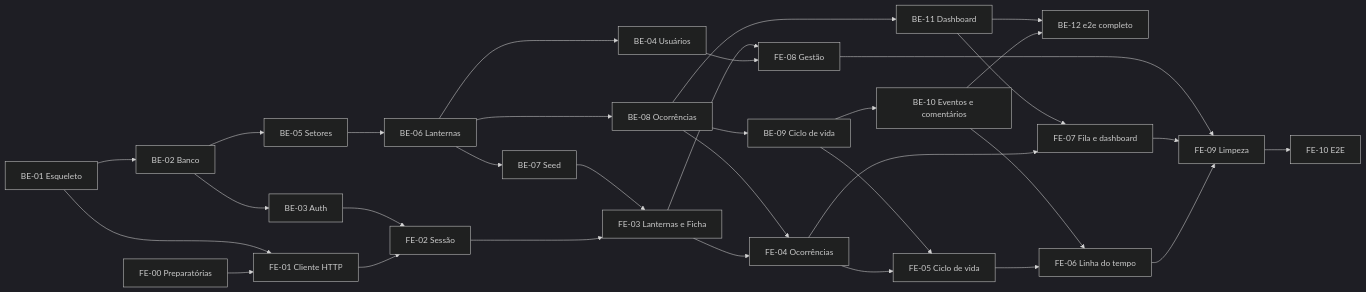
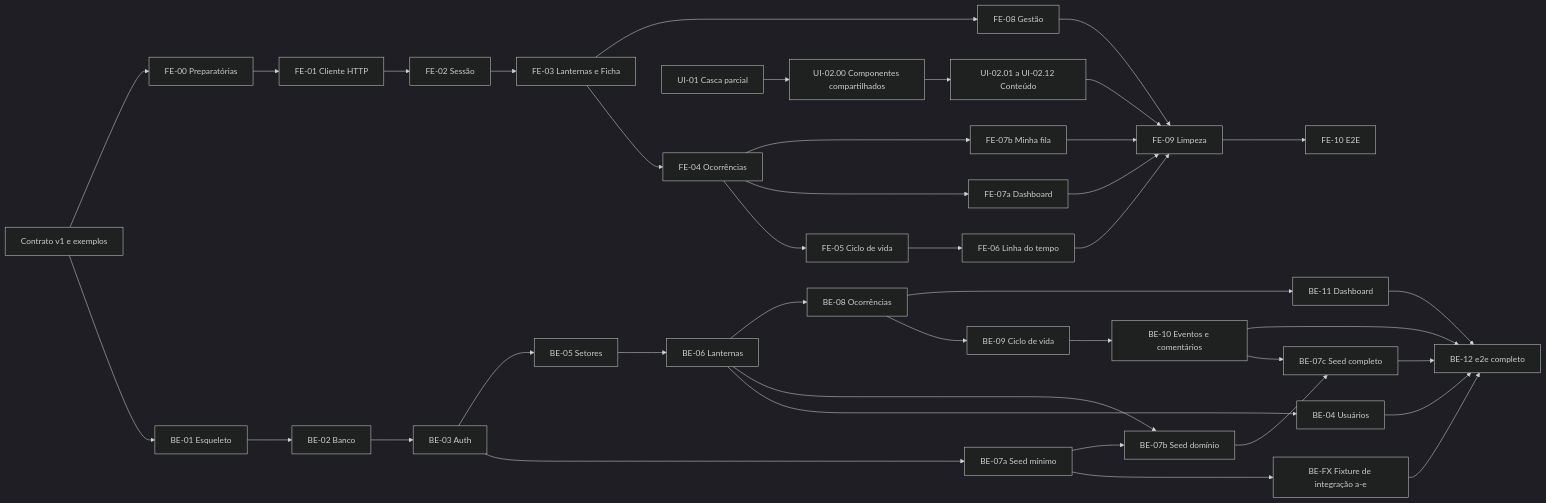
One commit to GUSTAVOHOOO/erp-tropa-lanternas-verdes changed the diagram in docs/PLANO.md. Above: the diagram before and after it, drawn with Mermaid (dark theme). The commit also changed other lines of this file and 41 other files, not shown here.

````diff
--- a/docs/PLANO.md
+++ b/docs/PLANO.md
@@ -9,31 +25,38 @@
 ```mermaid
 flowchart LR
+  C[Contrato v1 e exemplos] --> BE01
+  C --> FE00
   BE01[BE-01 Esqueleto] --> BE02[BE-02 Banco] --> BE03[BE-03 Auth]
+  BE03 --> BE07a[BE-07a Seed mínimo]
+  BE07a --> FX[BE-FX Fixture de integração a-e]
+  FX --> BE12
   BE06 --> BE04[BE-04 Usuários]
-  BE02 --> BE05[BE-05 Setores] --> BE06[BE-06 Lanternas]
-  BE06 --> BE07[BE-07 Seed]
+  BE03 --> BE05[BE-05 Setores] --> BE06[BE-06 Lanternas]
+  BE07a --> BE07b[BE-07b Seed domínio]
+  BE06 --> BE07b
   BE06 --> BE08[BE-08 Ocorrências] --> BE09[BE-09 Ciclo de vida]
   BE09 --> BE10[BE-10 Eventos e comentários]
+  BE07b --> BE07c[BE-07c Seed completo]
+  BE10 --> BE07c
   BE08 --> BE11[BE-11 Dashboard]
   BE10 --> BE12[BE-12 e2e completo]
   BE11 --> BE12
+  BE04 --> BE12
+  BE07c --> BE12
+  UI01[UI-01 Casca parcial] --> UI0200[UI-02.00 Componentes compartilhados] --> UI02[UI-02.01 a UI-02.12 Conteúdo]
+  UI02 --> FE09
   FE00[FE-00 Preparatórias] --> FE01[FE-01 Cliente HTTP]
-  BE01 --> FE01 --> FE02[FE-02 Sessão]
-  BE03 --> FE02
+  FE01 --> FE02[FE-02 Sessão]
   FE02 --> FE03[FE-03 Lanternas e Ficha]
-  BE07 --> FE03
   FE03 --> FE04[FE-04 Ocorrências]
-  BE08 --> FE04
   FE04 --> FE05[FE-05 Ciclo de vida]
-  BE09 --> FE05
   FE05 --> FE06[FE-06 Linha do tempo]
-  BE10 --> FE06
-  FE04 --> FE07[FE-07 Fila e dashboard]
-  BE11 --> FE07
-  BE04 --> FE08[FE-08 Gestão]
-  FE03 --> FE08
+  FE04 --> FE07a[FE-07a Dashboard]
+  FE04 --> FE07b[FE-07b Minha fila]
+  FE03 --> FE08[FE-08 Gestão]
   FE06 --> FE09[FE-09 Limpeza]
-  FE07 --> FE09
+  FE07a --> FE09
+  FE07b --> FE09
   FE08 --> FE09
   FE09 --> FE10[FE-10 E2E]
 ```
````
